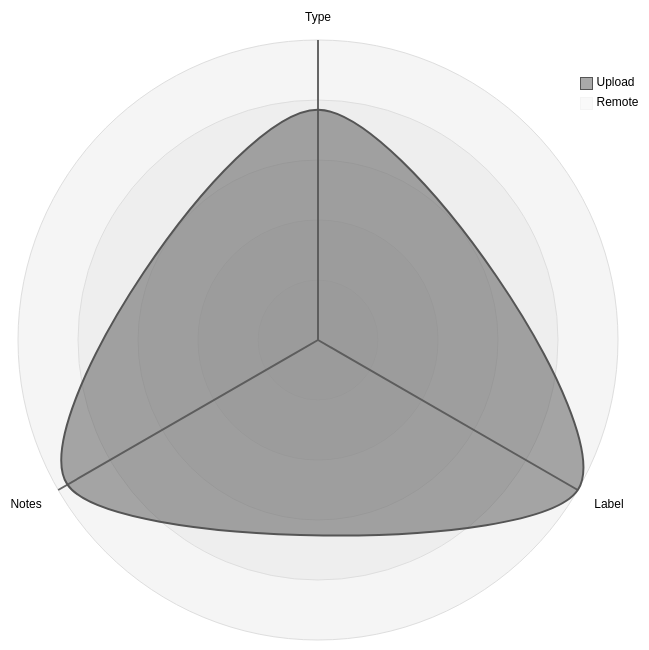
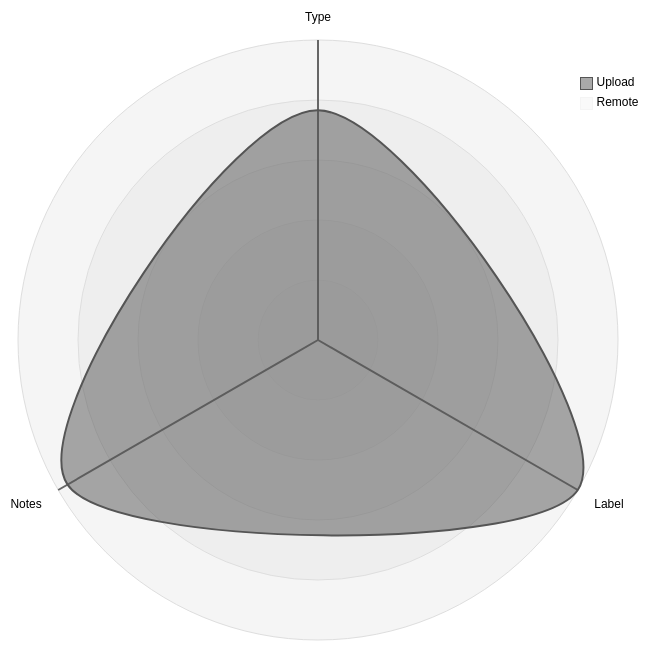
Before and after one commit to open-data/analytics-corporate-reporting: the third of 5 diagrams in datastore_tracker/README.md, drawn with Mermaid (neutral theme). The commit also changed other lines of this file and 6 other files, not shown here.

````diff
--- a/datastore_tracker/README.md
+++ b/datastore_tracker/README.md
@@ -108,12 +112,12 @@
 ```mermaid
 radar-beta
   axis T["Type"], L["Label"], N["Notes"]
-  curve u["Upload"]{0.00086, 0.00112, 0.00108}
+  curve u["Upload"]{0.00085, 0.00111, 0.00107}
   curve r["Remote"]{0, 0, 0}
 
   showLegend true
 
   min 0
   graticule circle
   ticks 5
 ```
````
